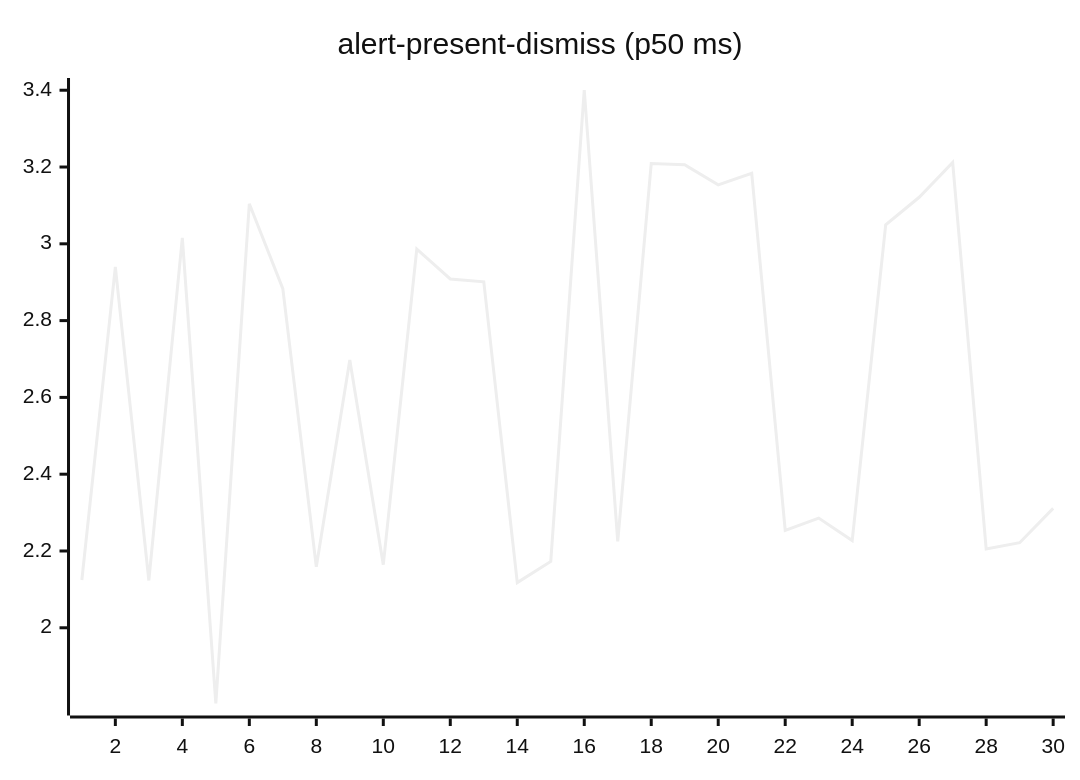
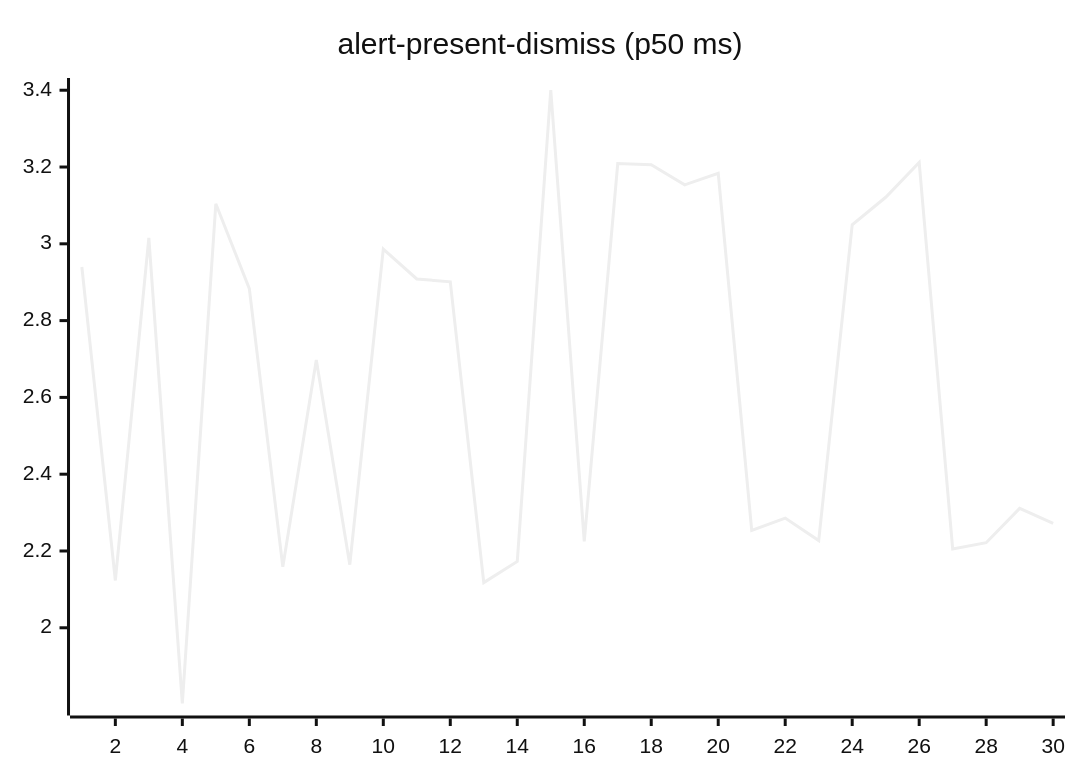
Before and after one commit to josha/Facet: the second of 27 diagrams in README.md, drawn with Mermaid (neutral theme). The commit also changed other lines of this file and 2 other files, not shown here.

````diff
--- a/README.md
+++ b/README.md
@@ -70,6 +70,6 @@
 ```mermaid
 xychart-beta
     title "alert-present-dismiss (p50 ms)"
     x-axis 1 --> 30
-    line [2.1244, 2.9396, 2.1232, 3.0157, 1.8028, 3.1043, 2.8834, 2.1588, 2.6974, 2.1643, 2.9862, 2.9085, 2.9011, 2.1177, 2.1729, 3.4006, 2.2253, 3.2090, 3.2058, 3.1536, 3.1837, 2.2536, 2.2857, 2.2272, 3.0496, 3.1212, 3.2117, 2.2054, 2.2216, 2.3109]
+    line [2.9396, 2.1232, 3.0157, 1.8028, 3.1043, 2.8834, 2.1588, 2.6974, 2.1643, 2.9862, 2.9085, 2.9011, 2.1177, 2.1729, 3.4006, 2.2253, 3.2090, 3.2058, 3.1536, 3.1837, 2.2536, 2.2857, 2.2272, 3.0496, 3.1212, 3.2117, 2.2054, 2.2216, 2.3109, 2.2722]
 ```
````
